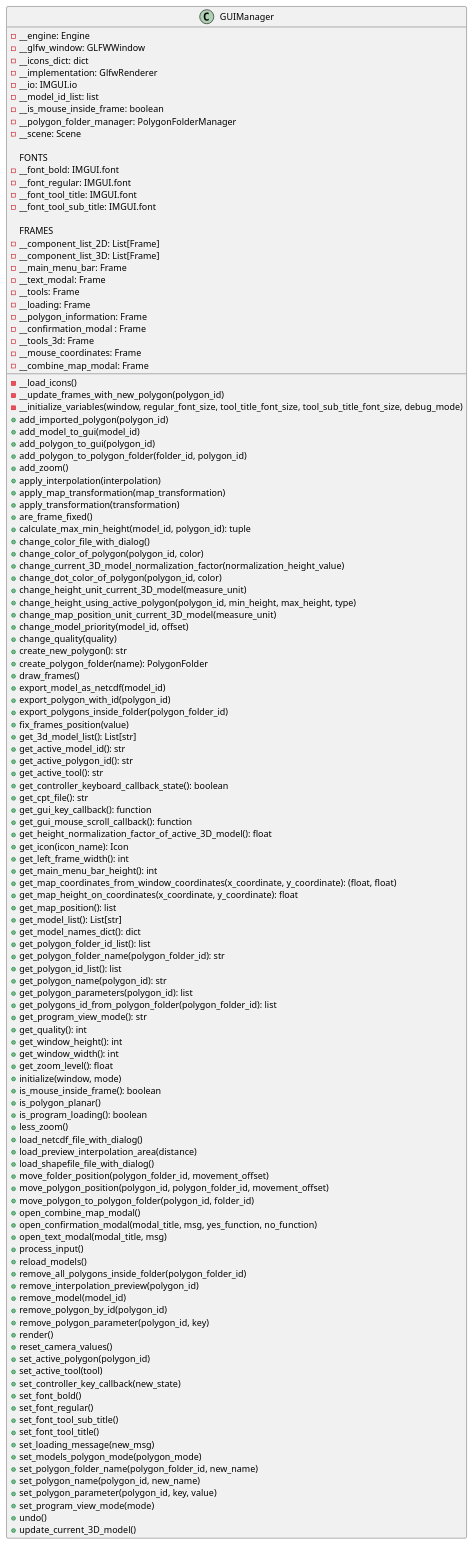
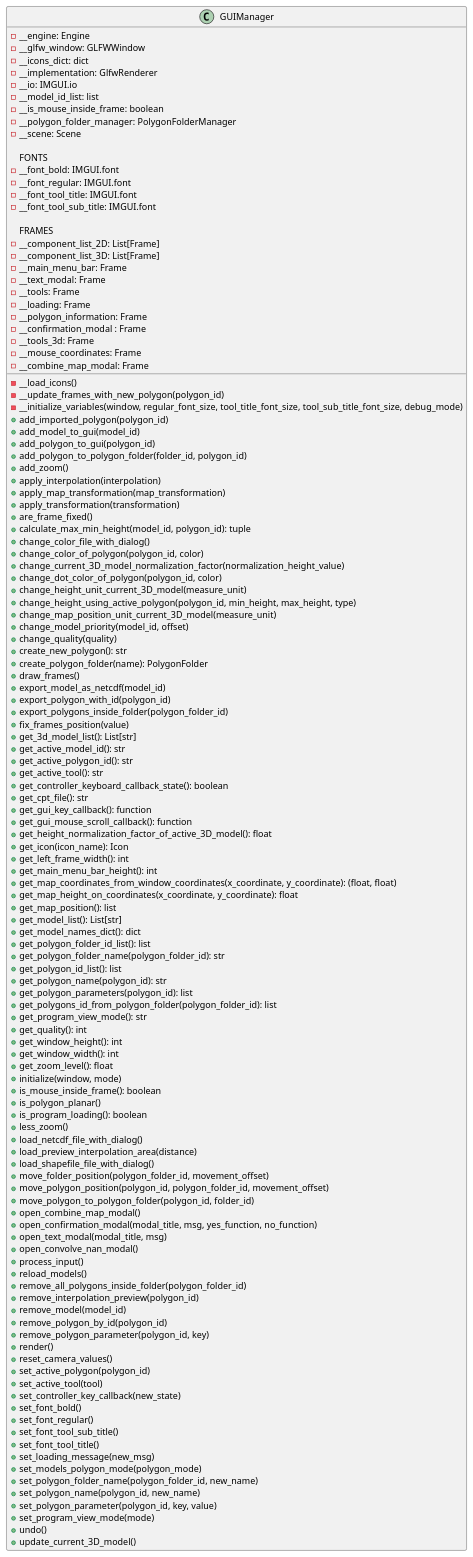
One commit to ferpoble2/Relief_Creator changed the diagram in docs/classes/GUIManager.puml. Above: the diagram before and after it, drawn with PlantUML. The commit also changed 12 other files, not shown here.

```diff
--- a/docs/classes/GUIManager.puml
+++ b/docs/classes/GUIManager.puml
@@ -1,129 +1,130 @@
 @startuml
 'https://plantuml.com/class-diagram
 class GUIManager{
     - __engine: Engine
     - __glfw_window: GLFWWindow
     - __icons_dict: dict
     - __implementation: GlfwRenderer
     - __io: IMGUI.io
     - __model_id_list: list
     - __is_mouse_inside_frame: boolean
     - __polygon_folder_manager: PolygonFolderManager
     - __scene: Scene
 
     FONTS
     - __font_bold: IMGUI.font
     - __font_regular: IMGUI.font
     - __font_tool_title: IMGUI.font
     - __font_tool_sub_title: IMGUI.font
 
     FRAMES
     - __component_list_2D: List[Frame]
     - __component_list_3D: List[Frame]
     - __main_menu_bar: Frame
     - __text_modal: Frame
     - __tools: Frame
     - __loading: Frame
     - __polygon_information: Frame
     - __confirmation_modal : Frame
     - __tools_3d: Frame
     - __mouse_coordinates: Frame
     - __combine_map_modal: Frame
 
     - __load_icons()
     - __update_frames_with_new_polygon(polygon_id)
     - __initialize_variables(window, regular_font_size, tool_title_font_size, tool_sub_title_font_size, debug_mode)
     + add_imported_polygon(polygon_id)
     + add_model_to_gui(model_id)
     + add_polygon_to_gui(polygon_id)
     + add_polygon_to_polygon_folder(folder_id, polygon_id)
     + add_zoom()
     + apply_interpolation(interpolation)
     + apply_map_transformation(map_transformation)
     + apply_transformation(transformation)
     + are_frame_fixed()
     + calculate_max_min_height(model_id, polygon_id): tuple
     + change_color_file_with_dialog()
     + change_color_of_polygon(polygon_id, color)
     + change_current_3D_model_normalization_factor(normalization_height_value)
     + change_dot_color_of_polygon(polygon_id, color)
     + change_height_unit_current_3D_model(measure_unit)
     + change_height_using_active_polygon(polygon_id, min_height, max_height, type)
     + change_map_position_unit_current_3D_model(measure_unit)
     + change_model_priority(model_id, offset)
     + change_quality(quality)
     + create_new_polygon(): str
     + create_polygon_folder(name): PolygonFolder
     + draw_frames()
     + export_model_as_netcdf(model_id)
     + export_polygon_with_id(polygon_id)
     + export_polygons_inside_folder(polygon_folder_id)
     + fix_frames_position(value)
     + get_3d_model_list(): List[str]
     + get_active_model_id(): str
     + get_active_polygon_id(): str
     + get_active_tool(): str
     + get_controller_keyboard_callback_state(): boolean
     + get_cpt_file(): str
     + get_gui_key_callback(): function
     + get_gui_mouse_scroll_callback(): function
     + get_height_normalization_factor_of_active_3D_model(): float
     + get_icon(icon_name): Icon
     + get_left_frame_width(): int
     + get_main_menu_bar_height(): int
     + get_map_coordinates_from_window_coordinates(x_coordinate, y_coordinate): (float, float)
     + get_map_height_on_coordinates(x_coordinate, y_coordinate): float
     + get_map_position(): list
     + get_model_list(): List[str]
     + get_model_names_dict(): dict
     + get_polygon_folder_id_list(): list
     + get_polygon_folder_name(polygon_folder_id): str
     + get_polygon_id_list(): list
     + get_polygon_name(polygon_id): str
     + get_polygon_parameters(polygon_id): list
     + get_polygons_id_from_polygon_folder(polygon_folder_id): list
     + get_program_view_mode(): str
     + get_quality(): int
     + get_window_height(): int
     + get_window_width(): int
     + get_zoom_level(): float
     + initialize(window, mode)
     + is_mouse_inside_frame(): boolean
     + is_polygon_planar()
     + is_program_loading(): boolean
     + less_zoom()
     + load_netcdf_file_with_dialog()
     + load_preview_interpolation_area(distance)
     + load_shapefile_file_with_dialog()
     + move_folder_position(polygon_folder_id, movement_offset)
     + move_polygon_position(polygon_id, polygon_folder_id, movement_offset)
     + move_polygon_to_polygon_folder(polygon_id, folder_id)
     + open_combine_map_modal()
     + open_confirmation_modal(modal_title, msg, yes_function, no_function)
     + open_text_modal(modal_title, msg)
+    + open_convolve_nan_modal()
     + process_input()
     + reload_models()
     + remove_all_polygons_inside_folder(polygon_folder_id)
     + remove_interpolation_preview(polygon_id)
     + remove_model(model_id)
     + remove_polygon_by_id(polygon_id)
     + remove_polygon_parameter(polygon_id, key)
     + render()
     + reset_camera_values()
     + set_active_polygon(polygon_id)
     + set_active_tool(tool)
     + set_controller_key_callback(new_state)
     + set_font_bold()
     + set_font_regular()
     + set_font_tool_sub_title()
     + set_font_tool_title()
     + set_loading_message(new_msg)
     + set_models_polygon_mode(polygon_mode)
     + set_polygon_folder_name(polygon_folder_id, new_name)
     + set_polygon_name(polygon_id, new_name)
     + set_polygon_parameter(polygon_id, key, value)
     + set_program_view_mode(mode)
     + undo()
     + update_current_3D_model()
 }
 @enduml
```
